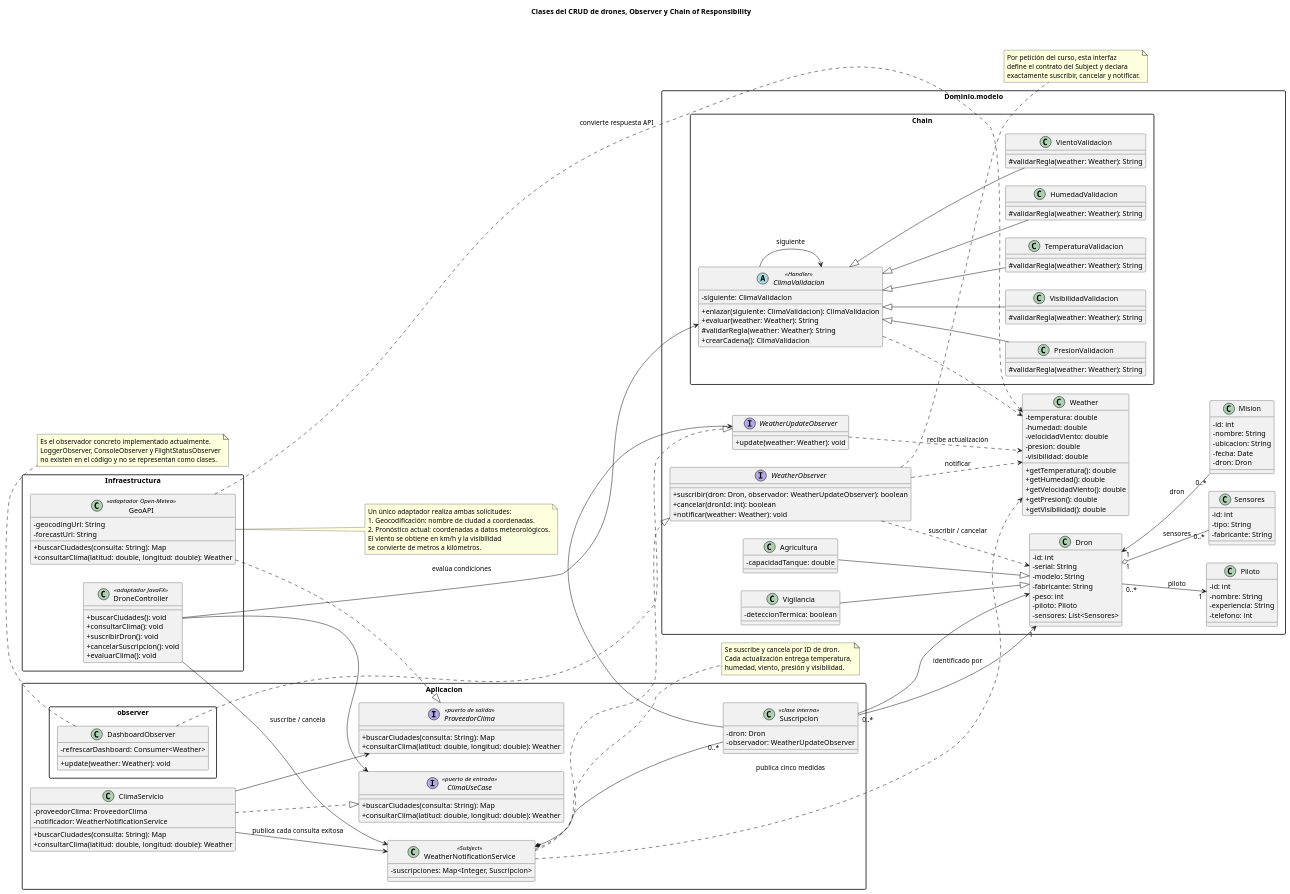
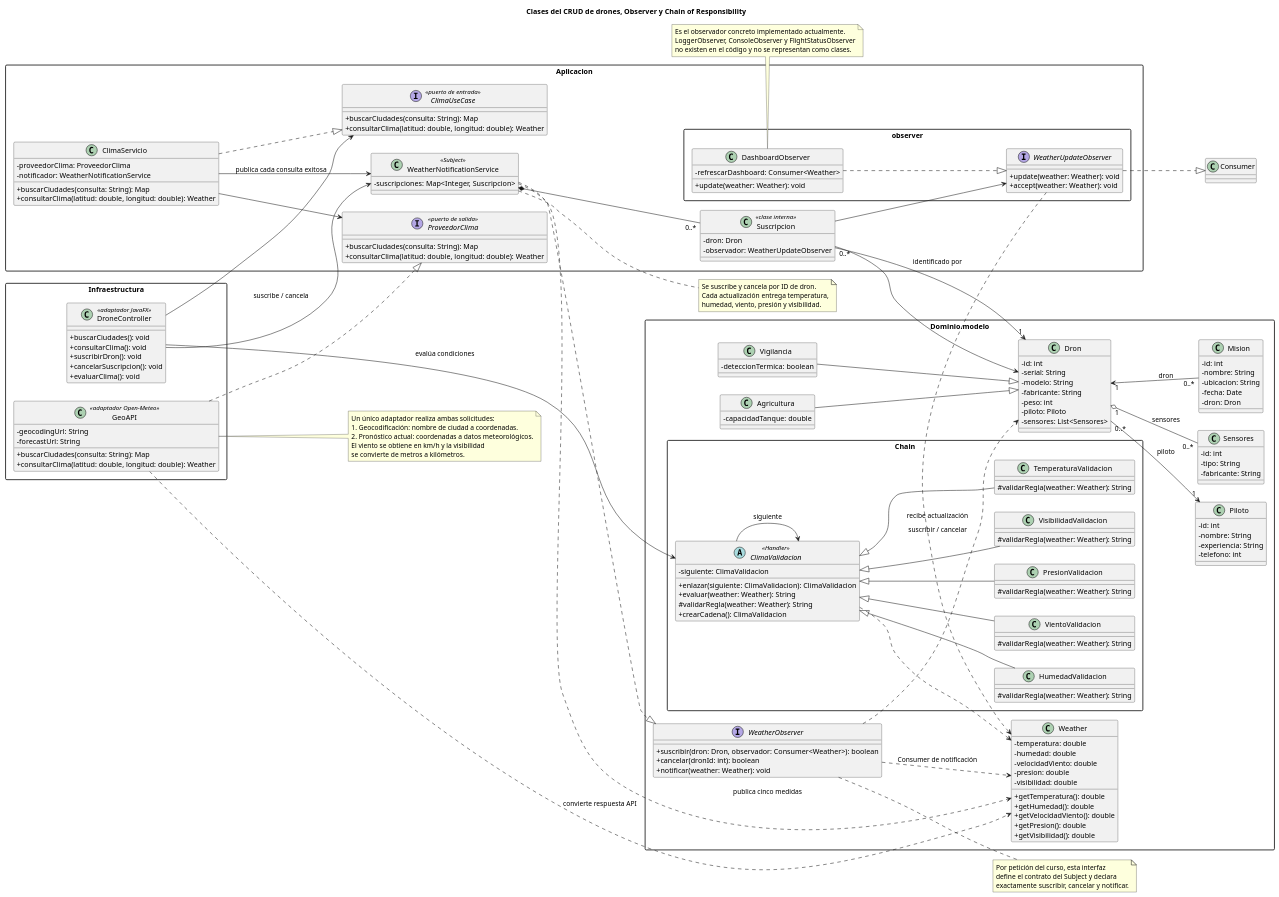
One commit to JeissonRomero09/Hexagonal_Gestion_Drones changed the diagram in ProyectoDrones/docs/diagramas/clases-observer-chain.puml. Above: the diagram before and after it, drawn with PlantUML. The commit also changed 8 other files, not shown here.

```diff
--- a/ProyectoDrones/docs/diagramas/clases-observer-chain.puml
+++ b/ProyectoDrones/docs/diagramas/clases-observer-chain.puml
@@ -58,13 +58,9 @@
   }
 
   interface WeatherObserver {
-    + suscribir(dron: Dron, observador: WeatherUpdateObserver): boolean
+    + suscribir(dron: Dron, observador: Consumer<Weather>): boolean
     + cancelar(dronId: int): boolean
     + notificar(weather: Weather): void
-  }
-
-  interface WeatherUpdateObserver {
-    + update(weather: Weather): void
   }
 
   package "Chain" {
@@ -122,6 +118,11 @@
   }
 
   package "observer" {
+    interface WeatherUpdateObserver {
+      + update(weather: Weather): void
+      + accept(weather: Weather): void
+    }
+
     class DashboardObserver {
       - refrescarDashboard: Consumer<Weather>
       + update(weather: Weather): void
@@ -159,8 +160,9 @@
 WeatherNotificationService ..> Weather : publica cinco medidas
 WeatherNotificationService ..|> WeatherObserver
 WeatherObserver ..> Dron : suscribir / cancelar
-WeatherObserver ..> Weather : notificar
+WeatherObserver ..> Weather : Consumer de notificación
 WeatherUpdateObserver ..> Weather : recibe actualización
+WeatherUpdateObserver ..|> Consumer
 DashboardObserver ..|> WeatherUpdateObserver
 ClimaServicio ..|> ClimaUseCase
 ClimaServicio --> ProveedorClima
```
